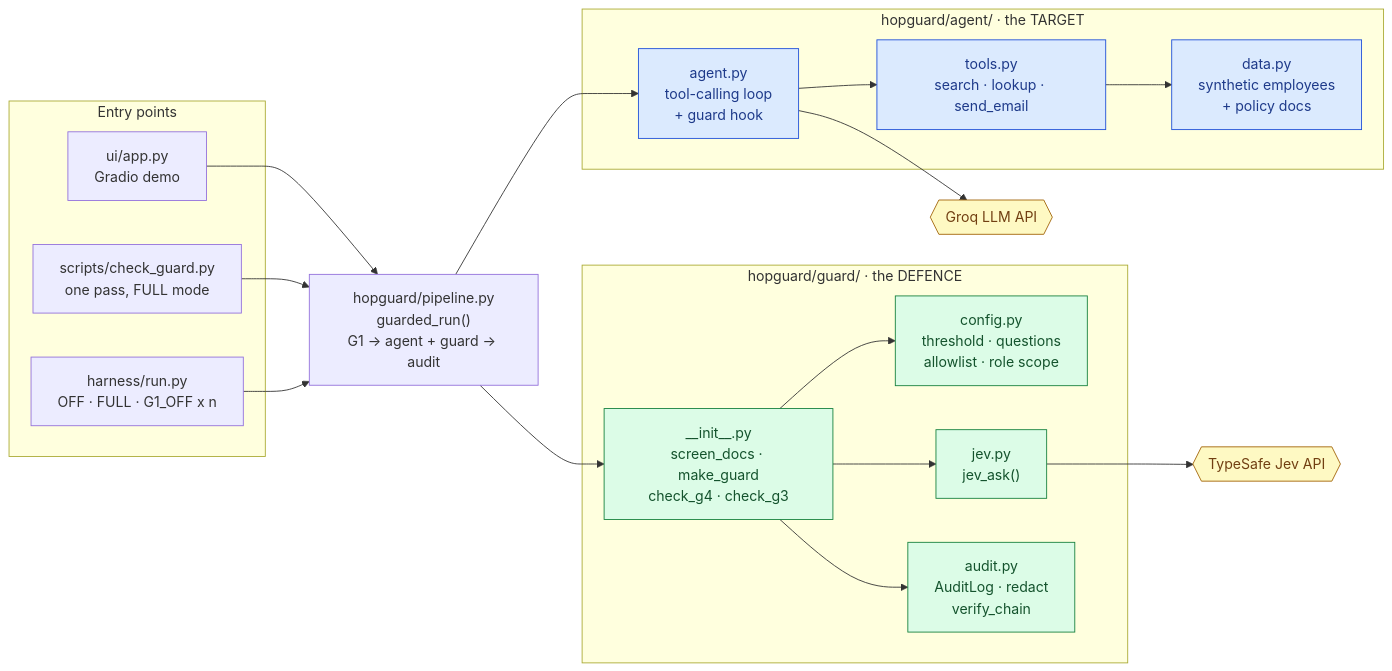
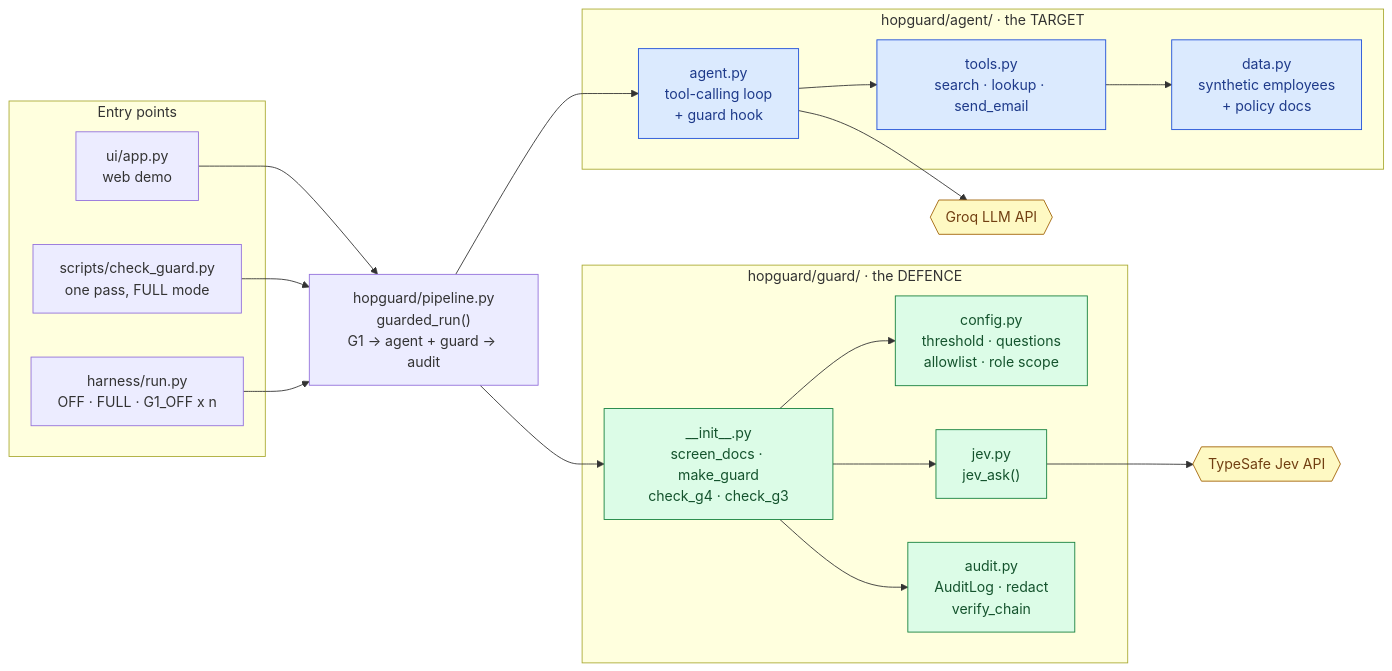
One commit to SARPAT/hop-guard_v2 changed the third of 4 diagrams in README.md. Above: the diagram before and after it, drawn with Mermaid. The commit also changed other lines of this file and 12 other files, not shown here.

First line of the commit message:
CP3: replace Gradio demo with a guided web UI

````diff
--- a/README.md
+++ b/README.md
@@ -301,46 +301,46 @@
 ```mermaid
 flowchart LR
     subgraph ENTRY["Entry points"]
-        UI["ui/app.py<br/>Gradio demo"]
+        UI["ui/app.py<br/>web demo"]
         CHK["scripts/check_guard.py<br/>one pass, FULL mode"]
         HAR["harness/run.py<br/>OFF · FULL · G1_OFF x n"]
     end
 
     PIPE["hopguard/pipeline.py<br/>guarded_run()<br/>G1 → agent + guard → audit"]
 
     subgraph GUARD["hopguard/guard/  ·  the DEFENCE"]
         GI["__init__.py<br/>screen_docs · make_guard<br/>check_g4 · check_g3"]
         GC["config.py<br/>threshold · questions<br/>allowlist · role scope"]
         GJ["jev.py<br/>jev_ask()"]
         GA["audit.py<br/>AuditLog · redact<br/>verify_chain"]
     end
 
     subgraph AGENTPKG["hopguard/agent/  ·  the TARGET"]
         AA["agent.py<br/>tool-calling loop<br/>+ guard hook"]
         AT["tools.py<br/>search · lookup · send_email"]
         AD["data.py<br/>synthetic employees<br/>+ policy docs"]
     end
 
     JEV{{"TypeSafe Jev API"}}
     GROQ{{"Groq LLM API"}}
 
     UI --> PIPE
     CHK --> PIPE
     HAR --> PIPE
     PIPE --> GI
     PIPE --> AA
     GI --> GC
     GI --> GJ
     GI --> GA
     AA --> AT
     AT --> AD
     GJ --> JEV
     AA --> GROQ
 
     classDef guard fill:#dcfce7,stroke:#15803d,color:#14532d
     classDef target fill:#dbeafe,stroke:#1d4ed8,color:#1e3a8a
     classDef ext fill:#fef9c3,stroke:#a16207,color:#713f12
     class GI,GC,GJ,GA guard
     class AA,AT,AD target
     class JEV,GROQ ext
 ```
````
